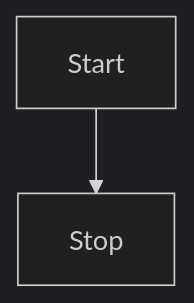
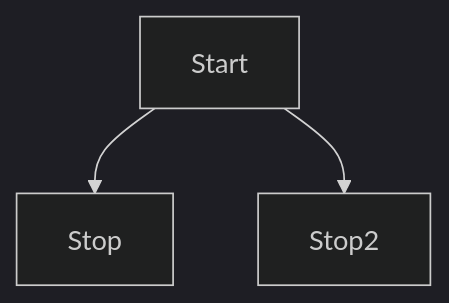
One commit to michaelthielemans/Second-Brain changed the third of 5 diagrams in Obsidian/mermaid examples.md. Above: the diagram before and after it, drawn with Mermaid (dark theme). The commit also changed 3 other files, not shown here.

````diff
--- a/Obsidian/mermaid examples.md
+++ b/Obsidian/mermaid examples.md
@@ -12,4 +12,5 @@
 ```mermaid
 flowchart TB
 Start --> Stop
+Start --> Stop2
 ```
````
